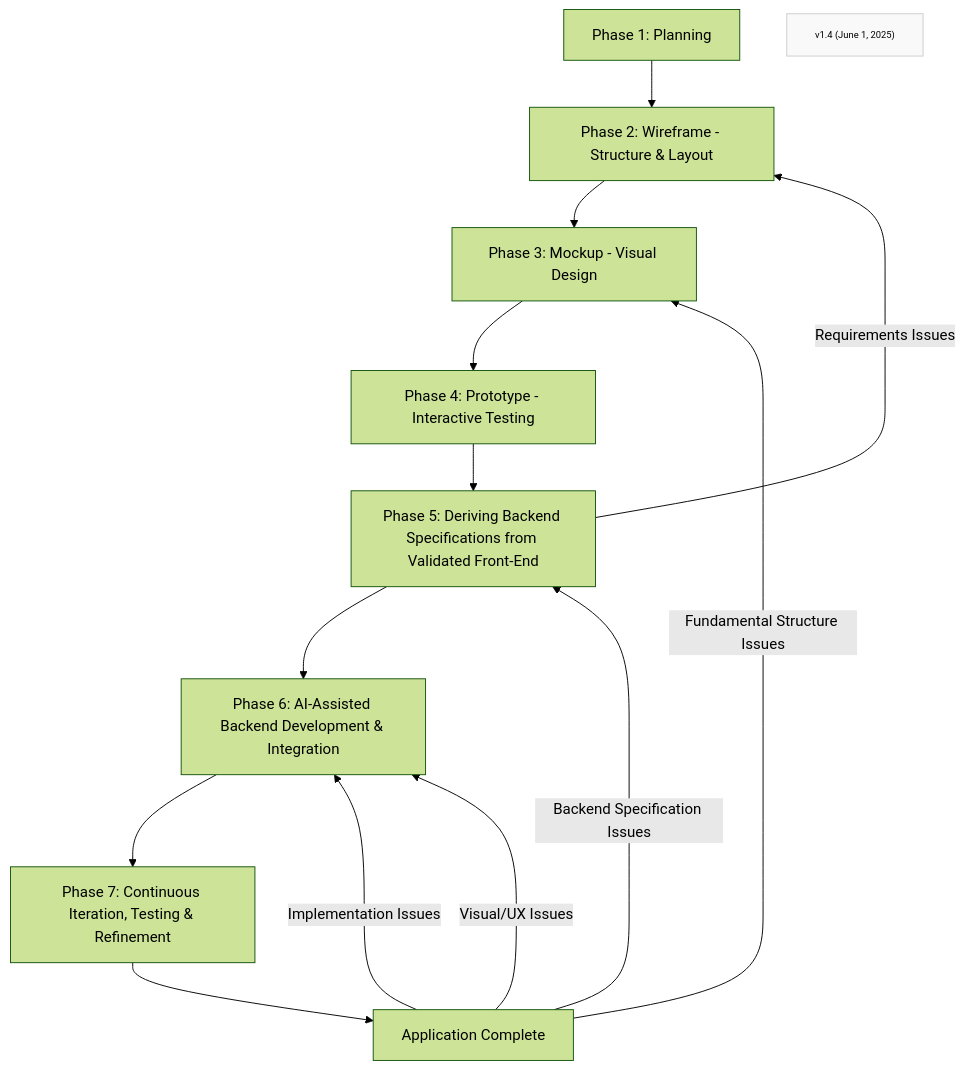
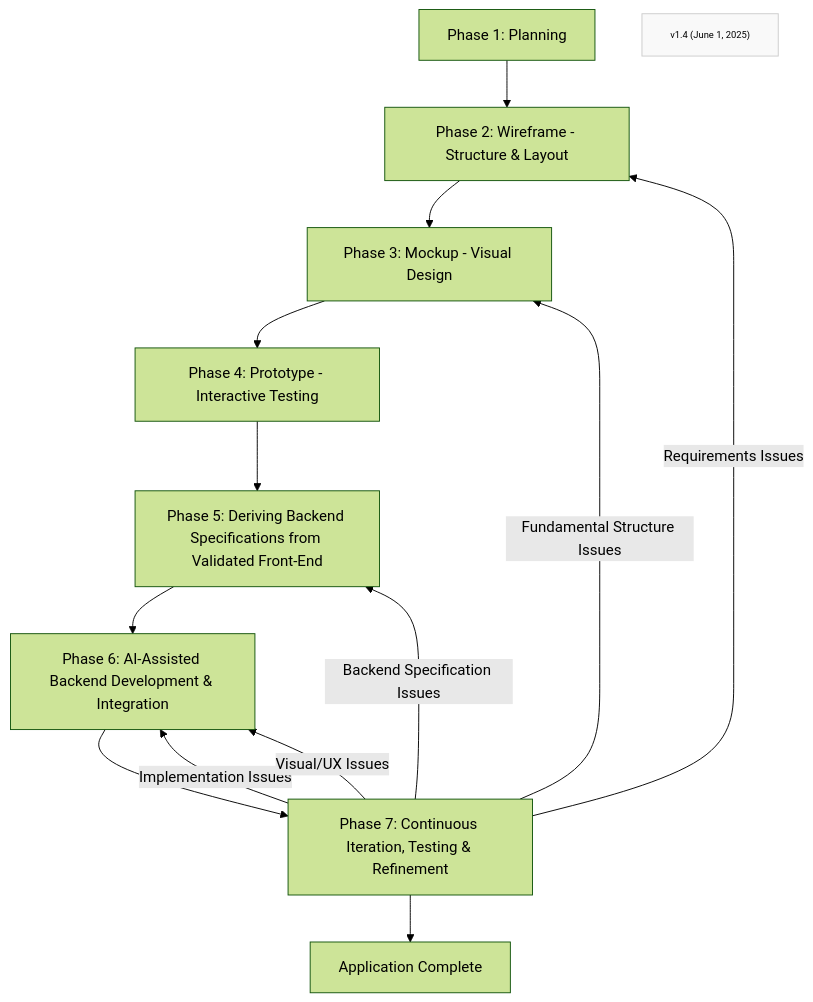
One commit to Mharbulous/Front-First-Method changed the diagram in Method/FF-overview.md. Above: the diagram before and after it, drawn with Mermaid (forest theme).

Commit message:
Refine overview flow

````diff
--- a/Method/FF-overview.md
+++ b/Method/FF-overview.md
@@ -1,21 +1,21 @@
 ```mermaid
 graph TD
 Phase1["Phase 1: Planning"] --> Phase2["Phase 2: Wireframe - Structure & Layout"]
     Phase2 --> Phase3["Phase 3: Mockup - Visual Design"]
     Phase3 --> Phase4["Phase 4: Prototype - Interactive Testing"]
     Phase4 --> Phase5["Phase 5: Deriving Backend Specifications from Validated Front-End"]
     Phase5 --> Phase6["Phase 6: AI-Assisted Backend Development & Integration"]
     Phase6 --> Phase7["Phase 7: Continuous Iteration, Testing & Refinement"]
     Phase7 --> Phase8["Application Complete"]
     
-    Phase8 -->|Implementation Issues| Phase6
-    Phase8 -->|Backend Specification Issues| Phase5
-    Phase8 -->|Visual/UX Issues| Phase6
-    Phase8 -->|Fundamental Structure Issues| Phase3
-Phase5 -->|Requirements Issues| Phase2
+    Phase7 -->|Implementation Issues| Phase6
+    Phase7 -->|Backend Specification Issues| Phase5
+    Phase7 -->|Visual/UX Issues| Phase6
+    Phase7 -->|Fundamental Structure Issues| Phase3
+    Phase7 -->|Requirements Issues| Phase2
     
     Version["v1.4 (June 1, 2025)"]
     
     classDef version fill:#f9f9f9,stroke:#ccc,font-size:10px
     class Version version
 ```
````
